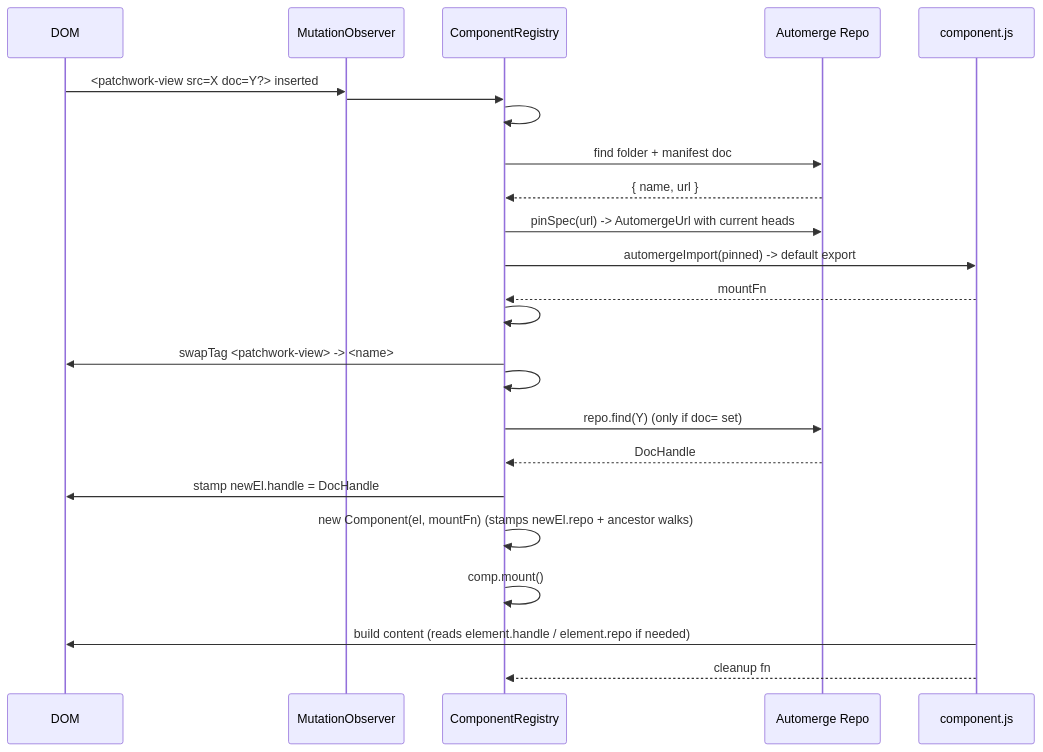
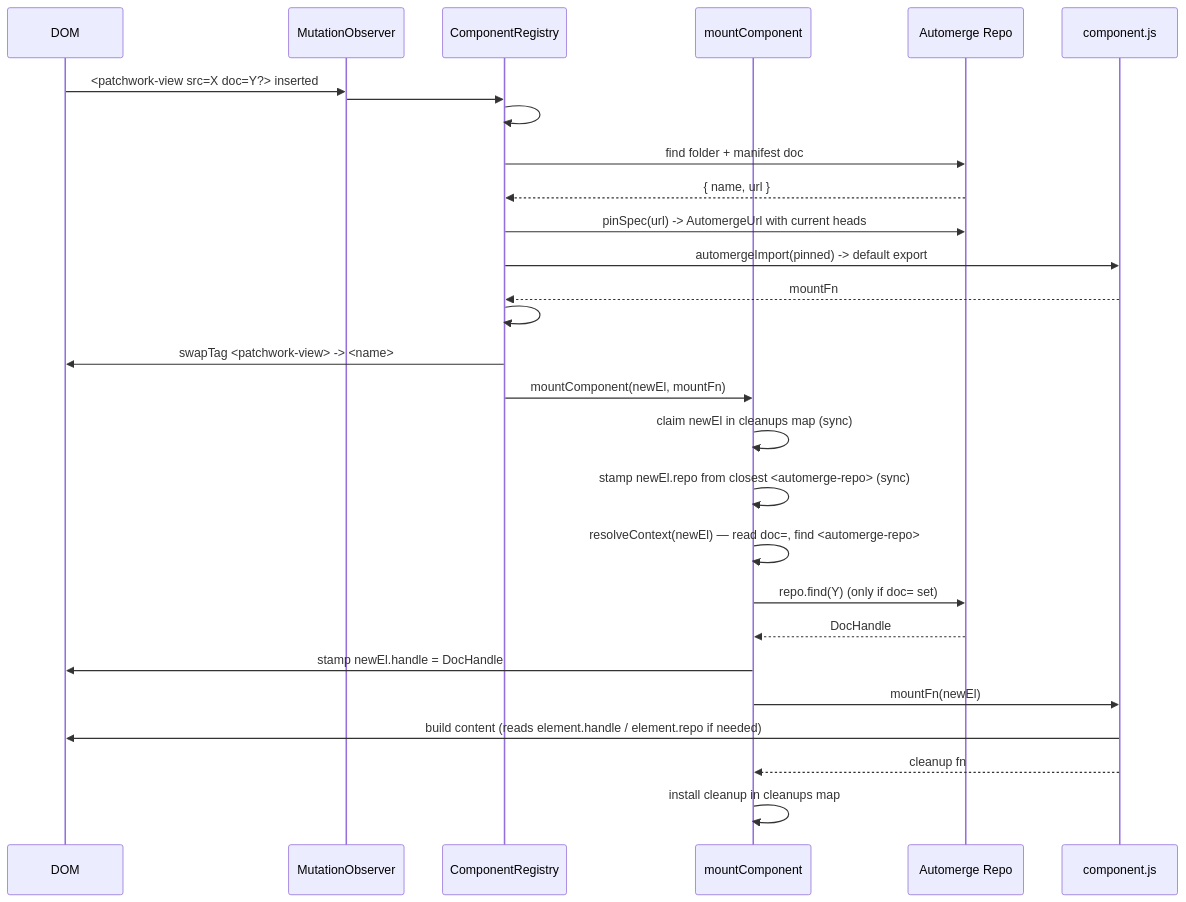
The diagram in docs/lifecycle.md (paulsonnentag/overlock-patchwork), drawn with Mermaid before and after one commit. The commit also changed other lines of this file and 17 other files, not shown here.

````diff
--- a/docs/lifecycle.md
+++ b/docs/lifecycle.md
@@ -10,27 +10,31 @@
 ```mermaid
 sequenceDiagram
   participant DOM
   participant MO as MutationObserver
   participant Reg as ComponentRegistry
+  participant MC as mountComponent
   participant Repo as Automerge Repo
   participant Mod as component.js
 
   DOM->>MO: <patchwork-view src=X doc=Y?> inserted
   MO->>Reg: #handleElement(el)
   Reg->>Reg: #ensureLoaded(X) (dedupes parallel calls)
   Reg->>Repo: find folder + manifest doc
   Repo-->>Reg: { name, url }
   Reg->>Repo: pinSpec(url) -> AutomergeUrl with current heads
   Reg->>Mod: automergeImport(pinned) -> default export
   Mod-->>Reg: mountFn
   Reg->>Reg: #registerComponent(name, mountFn) (collision -> throw)
   Reg->>DOM: swapTag <patchwork-view> -> <name>
-  Reg->>Reg: #resolveContext(newEl) — read doc=, find <automerge-repo>
-  Reg->>Repo: repo.find(Y) (only if doc= set)
-  Repo-->>Reg: DocHandle
-  Reg->>DOM: stamp newEl.handle = DocHandle
-  Reg->>Reg: new Component(el, mountFn) (stamps newEl.repo + ancestor walks)
-  Reg->>Reg: comp.mount()
+  Reg->>MC: mountComponent(newEl, mountFn)
+  MC->>MC: claim newEl in cleanups map (sync)
+  MC->>MC: stamp newEl.repo from closest <automerge-repo> (sync)
+  MC->>MC: resolveContext(newEl) — read doc=, find <automerge-repo>
+  MC->>Repo: repo.find(Y) (only if doc= set)
+  Repo-->>MC: DocHandle
+  MC->>DOM: stamp newEl.handle = DocHandle
+  MC->>Mod: mountFn(newEl)
   Mod->>DOM: build content (reads element.handle / element.repo if needed)
-  Mod-->>Reg: cleanup fn
+  Mod-->>MC: cleanup fn
+  MC->>MC: install cleanup in cleanups map
 ```
````
